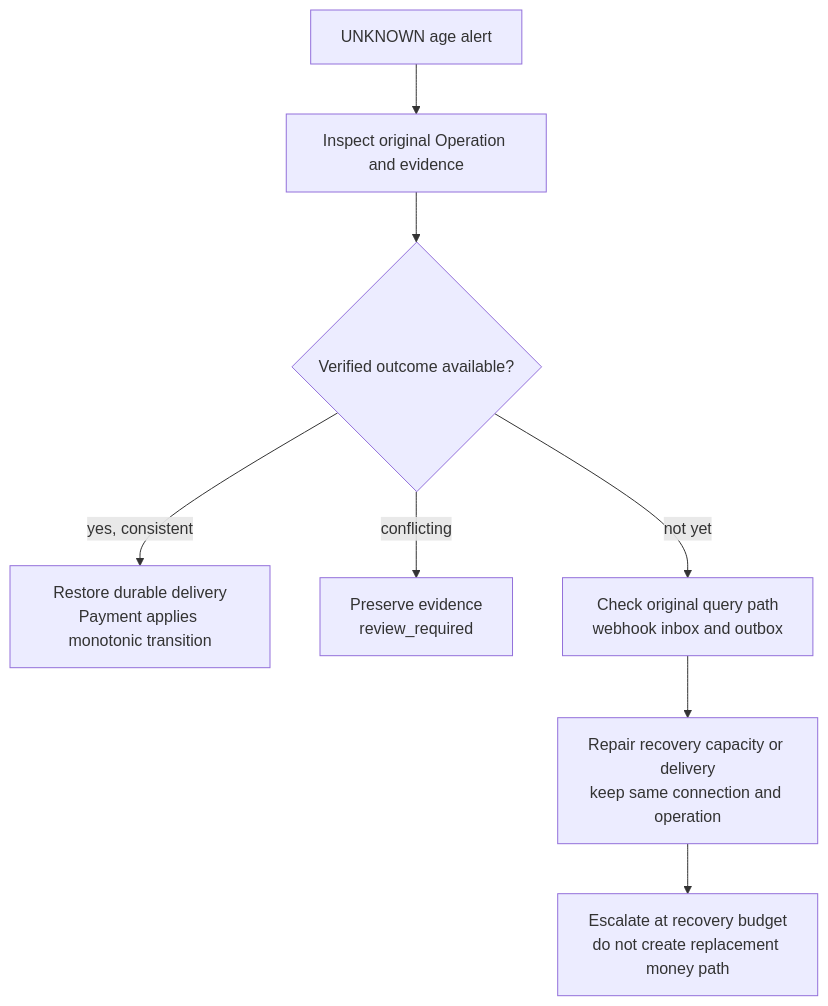
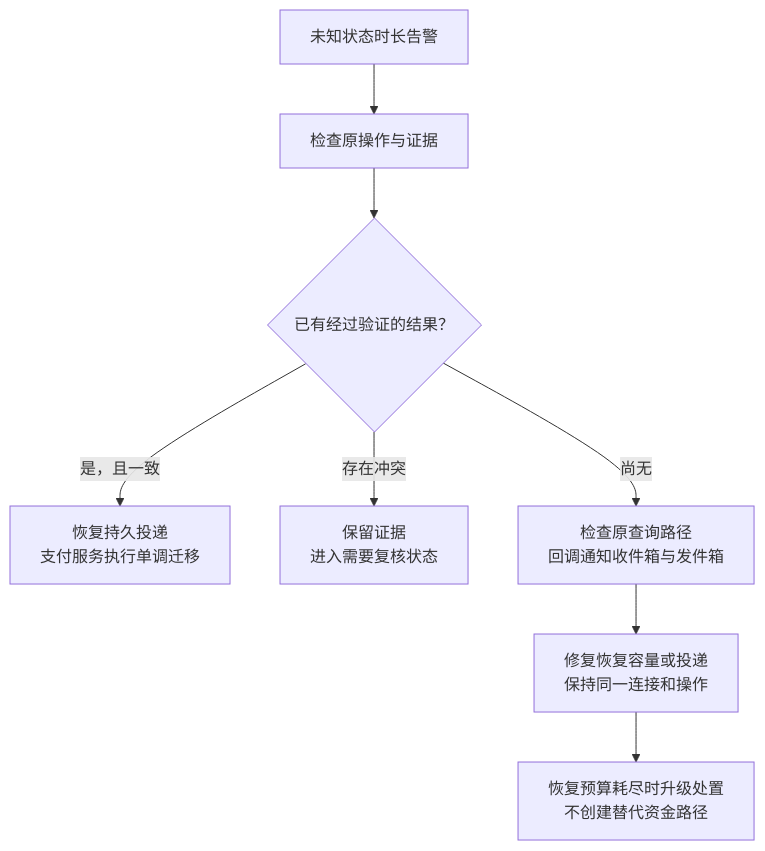
One commit to YouEclipse/Designing-Modern-Payment-Systems changed the fourth of 4 diagrams in part-4-operating-at-scale/observability.md. Above: the diagram before and after it, drawn with Mermaid. The commit also changed other lines of this file and 59 other files, not shown here.

````diff
--- a/part-4-operating-at-scale/observability.md
+++ b/part-4-operating-at-scale/observability.md
@@ -398,10 +398,10 @@
 ```mermaid
 flowchart TB
-    A["UNKNOWN age alert"] --> B["Inspect original Operation and evidence"]
-    B --> C{"Verified outcome available?"}
-    C -->|"yes, consistent"| D["Restore durable delivery<br/>Payment applies monotonic transition"]
-    C -->|"conflicting"| E["Preserve evidence<br/>review_required"]
-    C -->|"not yet"| F["Check original query path<br/>webhook inbox and outbox"]
-    F --> G["Repair recovery capacity or delivery<br/>keep same connection and operation"]
-    G --> H["Escalate at recovery budget<br/>do not create replacement money path"]
+    A["未知状态时长告警"] --> B["检查原操作与证据"]
+    B --> C{"已有经过验证的结果？"}
+    C -->|"是，且一致"| D["恢复持久投递<br/>支付服务执行单调迁移"]
+    C -->|"存在冲突"| E["保留证据<br/>进入需要复核状态"]
+    C -->|"尚无"| F["检查原查询路径<br/>回调通知收件箱与发件箱"]
+    F --> G["修复恢复容量或投递<br/>保持同一连接和操作"]
+    G --> H["恢复预算耗尽时升级处置<br/>不创建替代资金路径"]
 ```
````
